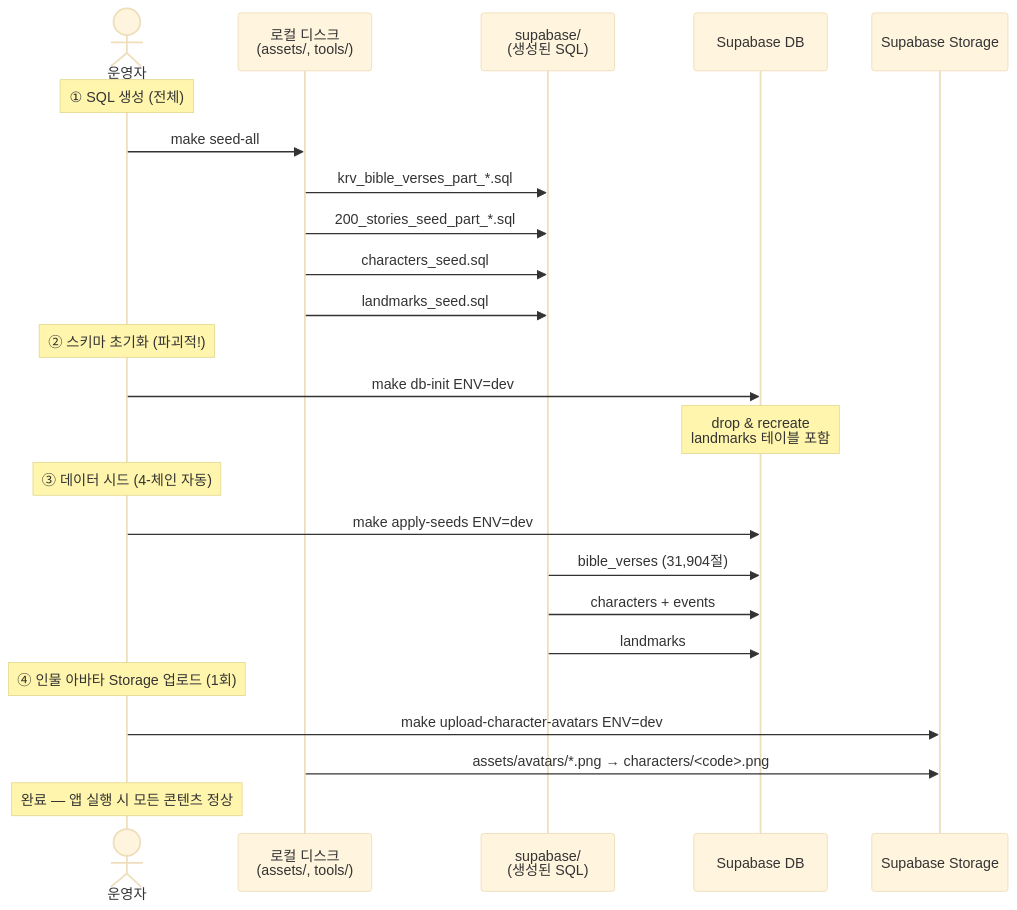
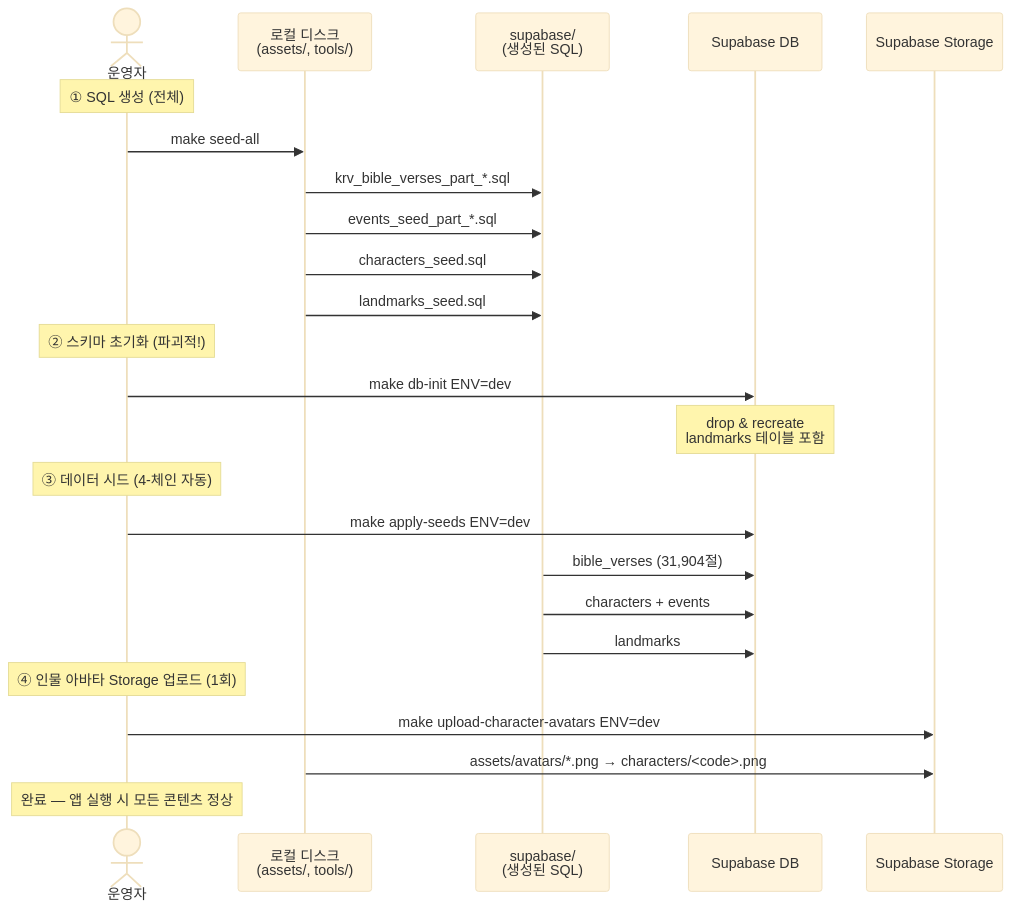
The fifth of 5 diagrams in docs/guides/WORKFLOW_GUIDE.md (brand-i-admin/story_bible), drawn with Mermaid (base theme) before and after one commit. The commit also changed other lines of this file and 413 other files, not shown here.

````diff
--- a/docs/guides/WORKFLOW_GUIDE.md
+++ b/docs/guides/WORKFLOW_GUIDE.md
@@ -430,31 +430,31 @@
 ```mermaid
 sequenceDiagram
     actor U as 운영자
     participant Local as 로컬 디스크<br/>(assets/, tools/)
     participant SQL as supabase/<br/>(생성된 SQL)
     participant DB as Supabase DB
     participant Storage as Supabase Storage
 
     Note over U: ① SQL 생성 (전체)
     U->>Local: make seed-all
     Local->>SQL: krv_bible_verses_part_*.sql
-    Local->>SQL: 200_stories_seed_part_*.sql
+    Local->>SQL: events_seed_part_*.sql
     Local->>SQL: characters_seed.sql
     Local->>SQL: landmarks_seed.sql
 
     Note over U: ② 스키마 초기화 (파괴적!)
     U->>DB: make db-init ENV=dev
     Note over DB: drop & recreate<br/>landmarks 테이블 포함
 
     Note over U: ③ 데이터 시드 (4-체인 자동)
     U->>DB: make apply-seeds ENV=dev
     SQL->>DB: bible_verses (31,904절)
     SQL->>DB: characters + events
     SQL->>DB: landmarks
 
     Note over U: ④ 인물 아바타 Storage 업로드 (1회)
     U->>Storage: make upload-character-avatars ENV=dev
     Local->>Storage: assets/avatars/*.png → characters/<code>.png
 
     Note over U: 완료 — 앱 실행 시 모든 콘텐츠 정상
 ```
````
